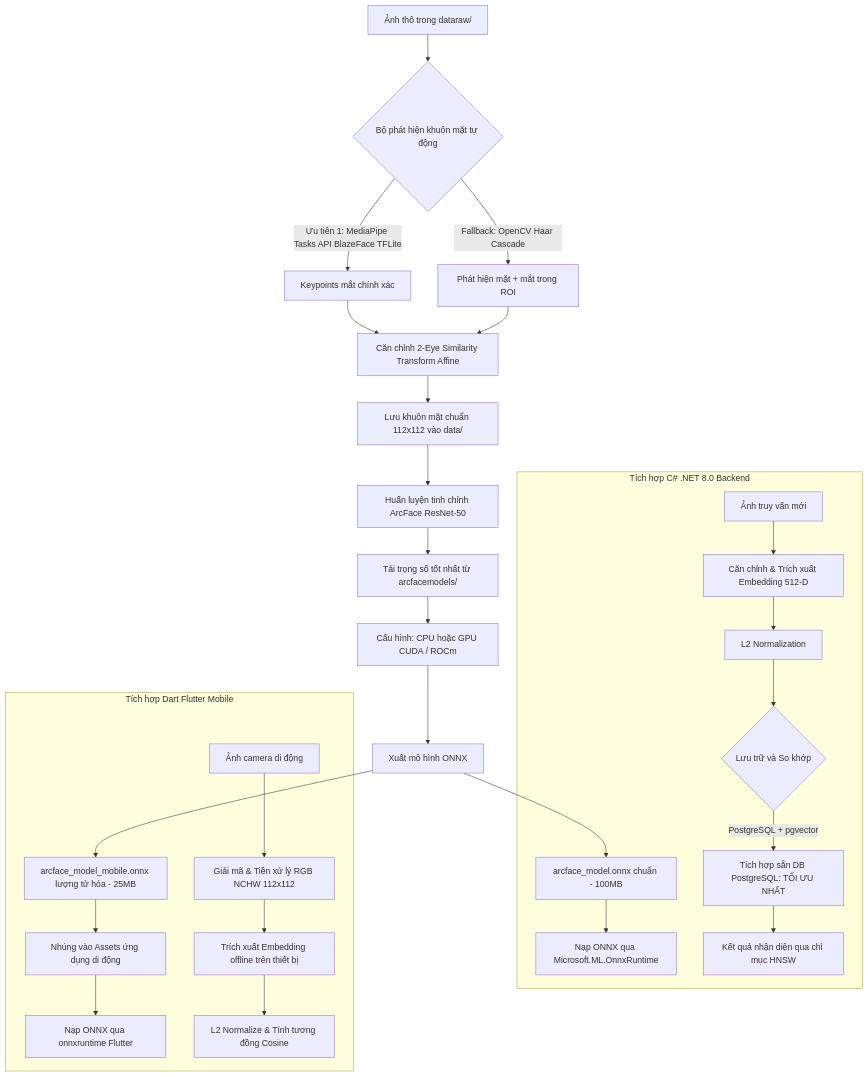
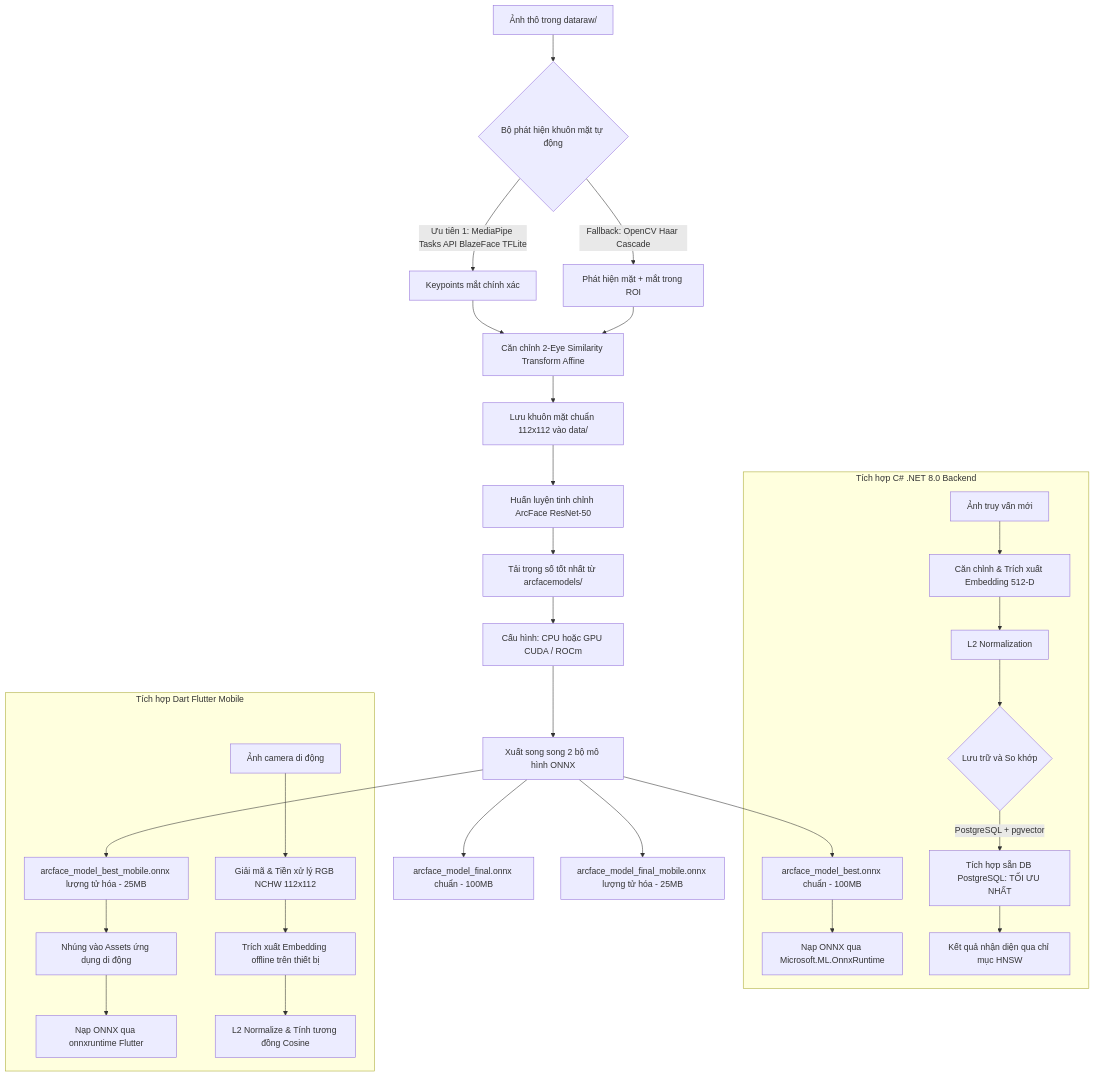
The first of 2 diagrams in TreeOfThought/docs/nhan-dien-khuon-mat/ArcFaceFinetune/howtodo.md (badpaybad/a.i-assistant-chatbot-telegram-serverles), drawn with Mermaid before and after one commit. The commit also changed other lines of this file and 2 other files, not shown here.

Commit message:
Best Loss Epoch Model LEARNING_RATE = 0.0001

````diff
--- a/TreeOfThought/docs/nhan-dien-khuon-mat/ArcFaceFinetune/howtodo.md
+++ b/TreeOfThought/docs/nhan-dien-khuon-mat/ArcFaceFinetune/howtodo.md
@@ -362,34 +367,37 @@
 ```mermaid
 graph TD
     A[Ảnh thô trong dataraw/] --> B{Bộ phát hiện khuôn mặt tự động}
     B -- Ưu tiên 1: MediaPipe Tasks API BlazeFace TFLite --> C1[Keypoints mắt chính xác]
     B -- Fallback: OpenCV Haar Cascade --> C2[Phát hiện mặt + mắt trong ROI]
     C1 --> D[Căn chỉnh 2-Eye Similarity Transform Affine]
     C2 --> D
     D --> E[Lưu khuôn mặt chuẩn 112x112 vào data/]
     
     E --> F[Huấn luyện tinh chỉnh ArcFace ResNet-50]
     F --> G[Tải trọng số tốt nhất từ arcfacemodels/]
     G --> H[Cấu hình: CPU hoặc GPU CUDA / ROCm]
-    H --> I[Xuất mô hình ONNX]
+    H --> I[Xuất song song 2 bộ mô hình ONNX]
     
-    I --> I1[arcface_model.onnx chuẩn - 100MB]
-    I --> I2[arcface_model_mobile.onnx lượng tử hóa - 25MB]
+    I --> I1[arcface_model_best.onnx chuẩn - 100MB]
+    I --> I2[arcface_model_best_mobile.onnx lượng tử hóa - 25MB]
+    I --> I3[arcface_model_final.onnx chuẩn - 100MB]
+    I --> I4[arcface_model_final_mobile.onnx lượng tử hóa - 25MB]
+
     
     subgraph Tích hợp C# .NET 8.0 Backend
         I1 --> J[Nạp ONNX qua Microsoft.ML.OnnxRuntime]
         K[Ảnh truy vấn mới] --> L[Căn chỉnh & Trích xuất Embedding 512-D]
         L --> M[L2 Normalization]
         M --> N{Lưu trữ và So khớp}
         N -- PostgreSQL + pgvector --> R[Tích hợp sẵn DB PostgreSQL: TỐI ƯU NHẤT]
         R --> Q[Kết quả nhận diện qua chỉ mục HNSW]
     end
     
     subgraph Tích hợp Dart Flutter Mobile
         I2 --> F1[Nhúng vào Assets ứng dụng di động]
         F1 --> F2[Nạp ONNX qua onnxruntime Flutter]
         F3[Ảnh camera di động] --> F4[Giải mã & Tiền xử lý RGB NCHW 112x112]
         F4 --> F5[Trích xuất Embedding offline trên thiết bị]
         F5 --> F6[L2 Normalize & Tính tương đồng Cosine]
     end
 ```
````
